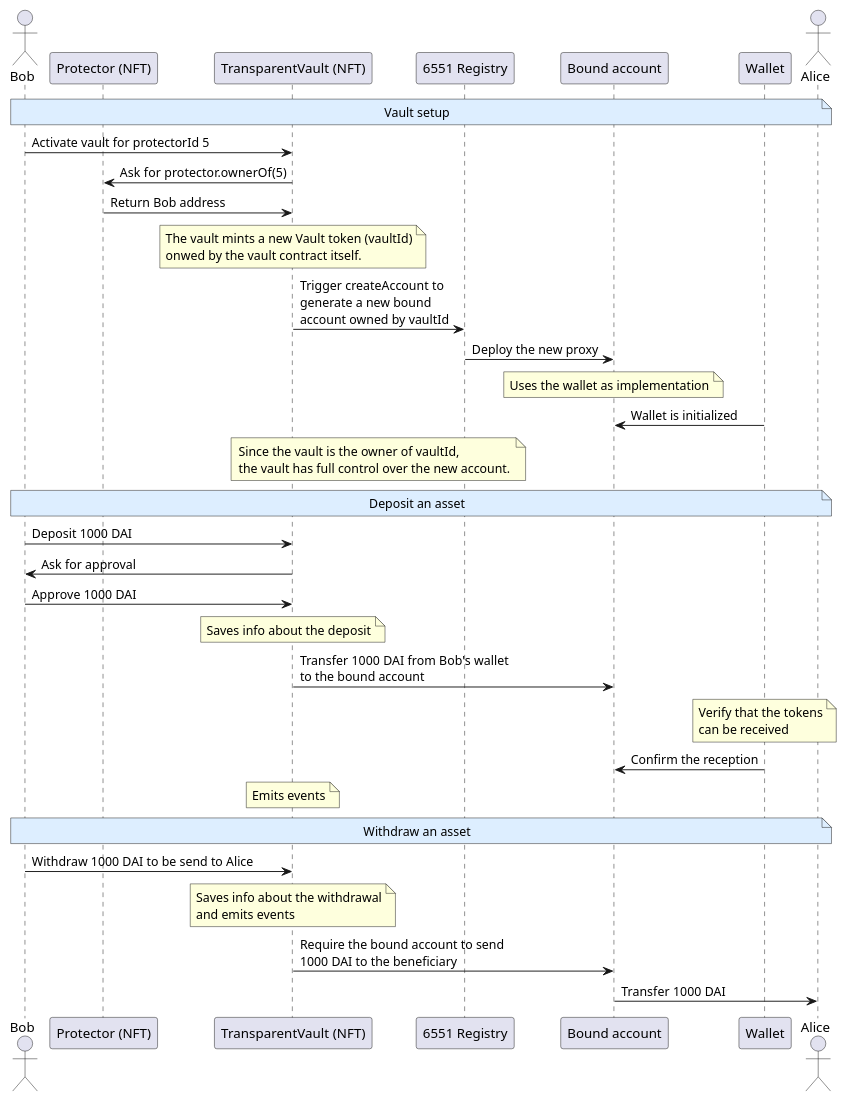
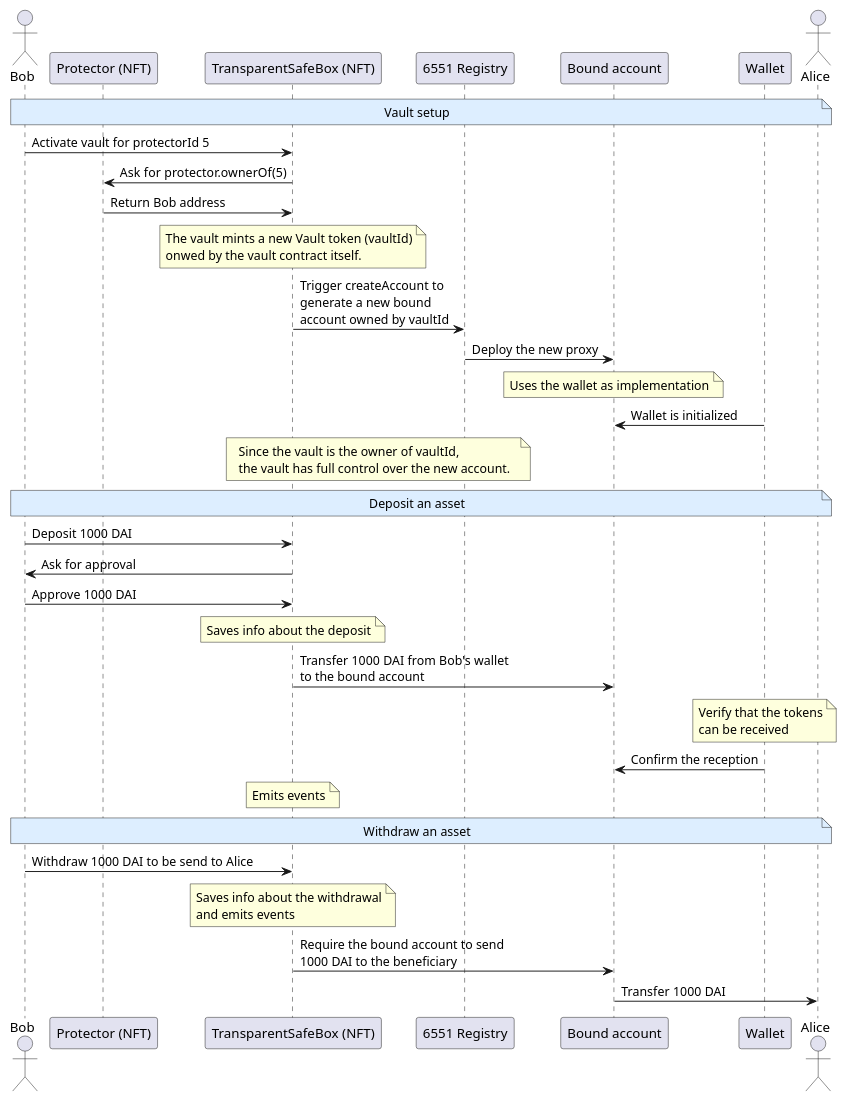
Before and after one commit to cruna-cc/deprecated-cruna-protocol: the diagram in assets/chart.puml, drawn with PlantUML. The commit also changed 20 other files, not shown here.

```diff
--- a/assets/chart.puml
+++ b/assets/chart.puml
@@ -1,50 +1,50 @@
 @startuml
 actor Bob as b
 participant "Protector (NFT)" as n
-participant "TransparentVault (NFT)" as v
+participant "TransparentSafeBox (NFT)" as v
 participant "6551 Registry" as r
 participant "Bound account" as w
 participant "Wallet" as wi
 actor Alice as a
 
 note across #DDEEFF : Vault setup
     b -> v : Activate vault for protectorId 5
     v -> n : Ask for protector.ownerOf(5)
     n -> v : Return Bob address
     note over v
     The vault mints a new Vault token (vaultId)
     onwed by the vault contract itself.
     end note
     v -> r :Trigger createAccount to\ngenerate a new bound\naccount owned by vaultId
     r -> w : Deploy the new proxy
     note over w: Uses the wallet as implementation
     wi -> w : Wallet is initialized
     note over v, r
     Since the vault is the owner of vaultId,
     the vault has full control over the new account.
     end note
 
 note across #DDEEFF: Deposit an asset
     b -> v : Deposit 1000 DAI
     v -> b : Ask for approval
     b -> v : Approve 1000 DAI
     note over v
     Saves info about the deposit
     end note
     v -> w : Transfer 1000 DAI from Bob's wallet\nto the bound account
     note over wi
     Verify that the tokens
     can be received
     end note
     wi -> w : Confirm the reception
     note over v : Emits events
 
 note across #DDEEFF: Withdraw an asset
     b -> v : Withdraw 1000 DAI to be send to Alice
     note over v: Saves info about the withdrawal\nand emits events
     v -> w : Require the bound account to send\n1000 DAI to the beneficiary
     w -> a : Transfer 1000 DAI
 
 
 
 @enduml
```
